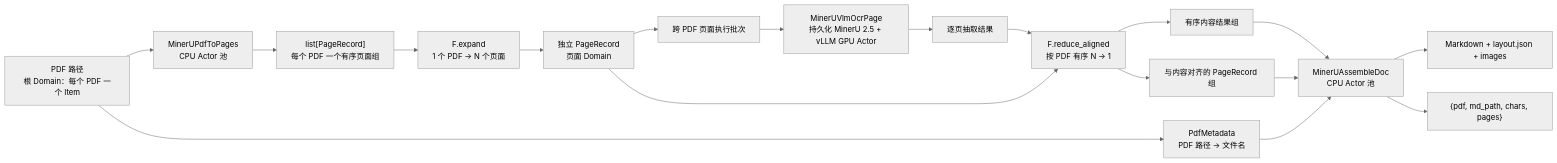
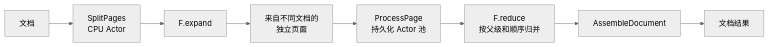
Before and after one commit to OpenDCAI/RayOrch: the second of 2 diagrams in README-zh.md, drawn with Mermaid (neutral theme). The commit also changed other lines of this file and 1 other file, not shown here.

````diff
--- a/README-zh.md
+++ b/README-zh.md
@@ -261,23 +55,10 @@
 ```mermaid
 flowchart LR
-    PDFs["PDF 路径<br/>根 Domain：每个 PDF 一个 Item"] --> Render["MinerUPdfToPages<br/>CPU Actor 池"]
-    PDFs --> Metadata["PdfMetadata<br/>PDF 路径 → 文件名"]
-
-    Render --> PageGroups["list[PageRecord]<br/>每个 PDF 一个有序页面组"]
-    PageGroups --> Expand["F.expand<br/>1 个 PDF → N 个页面"]
-    Expand --> ReadyPages["独立 PageRecord<br/>页面 Domain"]
-    ReadyPages --> OCRBatch["跨 PDF 页面执行批次"]
-    OCRBatch --> OCR["MinerUVlmOcrPage<br/>持久化 MinerU 2.5 + vLLM GPU Actor"]
-    OCR --> Contents["逐页抽取结果"]
-
-    Contents --> Reduce["F.reduce_aligned<br/>按 PDF 有序 N → 1"]
-    ReadyPages --> Reduce
-    Reduce --> ContentGroups["有序内容结果组"]
-    Reduce --> OrderedPages["与内容对齐的 PageRecord 组"]
-
-    ContentGroups --> Assemble["MinerUAssembleDoc<br/>CPU Actor 池"]
-    OrderedPages --> Assemble
-    Metadata --> Assemble
-    Assemble --> Files["Markdown + layout.json + images"]
-    Assemble --> Summary["{pdf, md_path, chars, pages}"]
+    Documents["文档"] --> Split["SplitPages<br/>CPU Actor"]
+    Split --> Expand["F.expand"]
+    Expand --> Pages["来自不同文档的<br/>独立页面"]
+    Pages --> Model["ProcessPage<br/>持久化 Actor 池"]
+    Model --> Reduce["F.reduce<br/>按父级和顺序归并"]
+    Reduce --> Assemble["AssembleDocument"]
+    Assemble --> Results["文档结果"]
 ```
````
